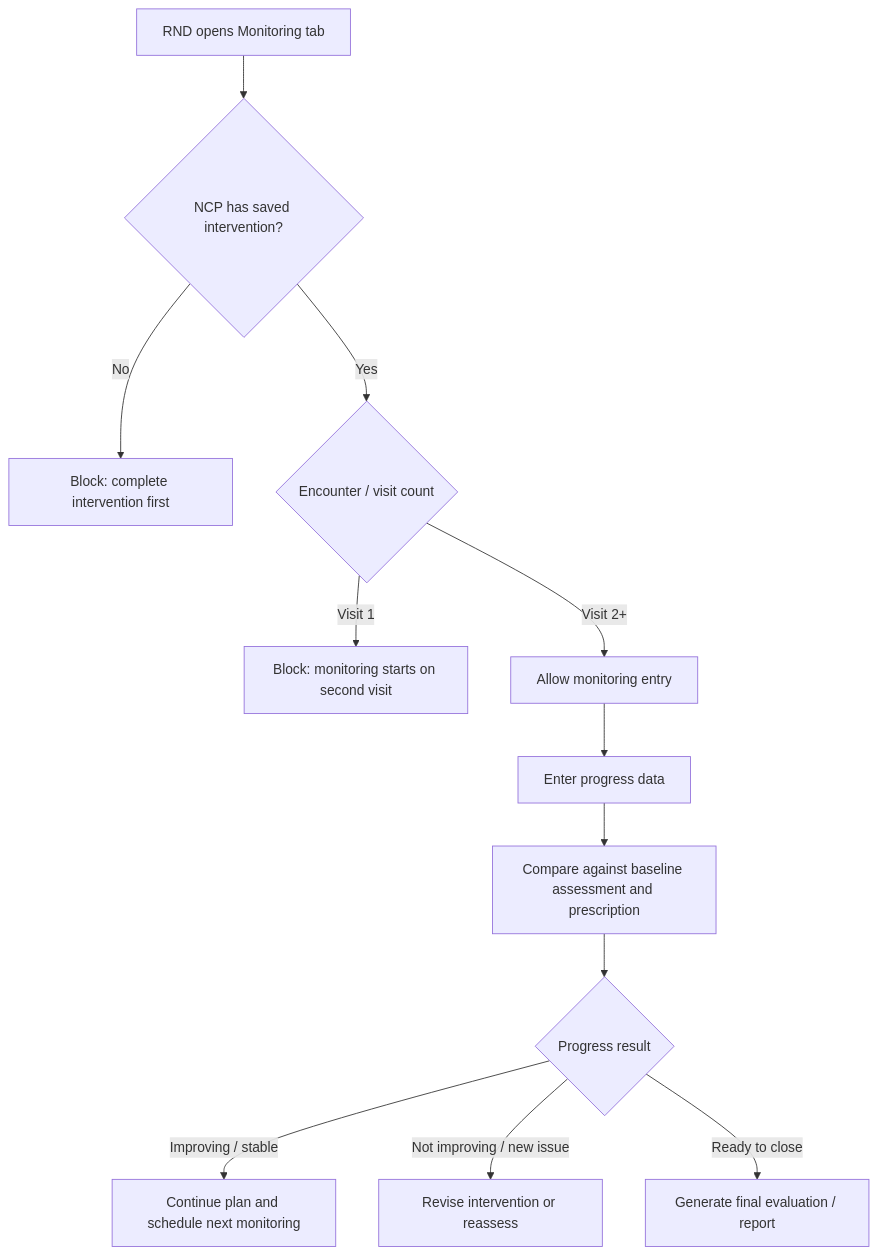
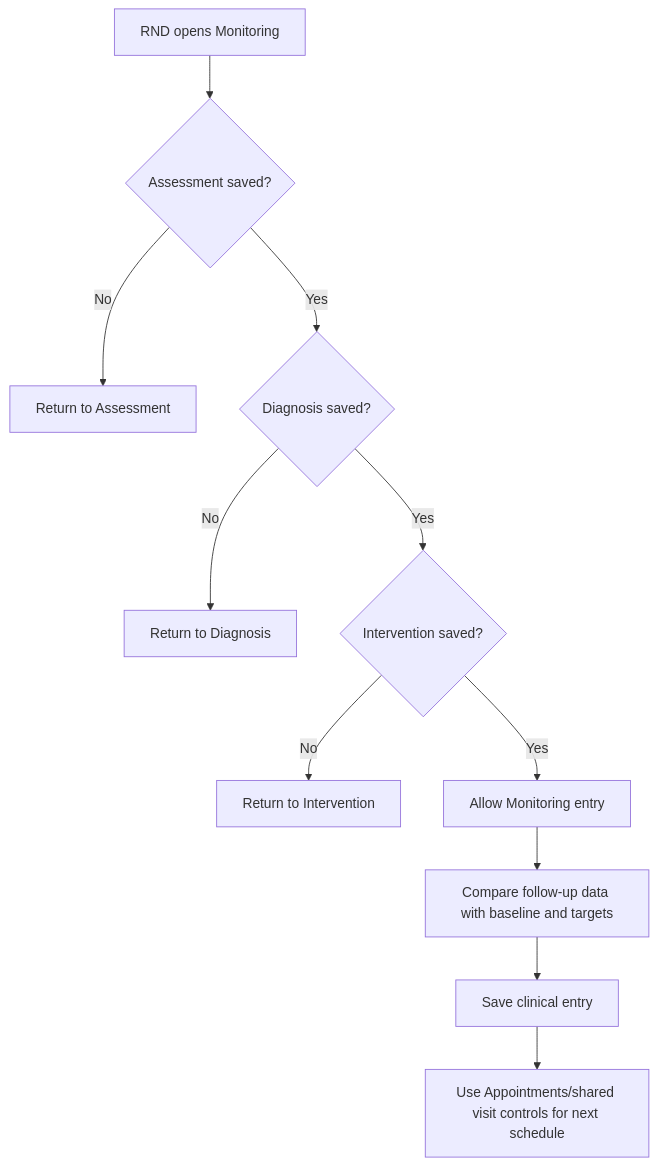
The third of 9 diagrams in docs/module-workflow-flowchart.md (ja2gc/Nutriscope), drawn with Mermaid before and after one commit. The commit also changed other lines of this file and 91 other files, not shown here.

First line of the commit message:
feat(ncp): finish visit and history flows

````diff
--- a/docs/module-workflow-flowchart.md
+++ b/docs/module-workflow-flowchart.md
@@ -145,15 +118,13 @@
 ```mermaid
 flowchart TD
-    A["RND opens Monitoring tab"] --> B{"NCP has saved intervention?"}
-    B -->|"No"| C["Block: complete intervention first"]
-    B -->|"Yes"| D{"Encounter / visit count"}
-    D -->|"Visit 1"| E["Block: monitoring starts on second visit"]
-    D -->|"Visit 2+"| F["Allow monitoring entry"]
-
-    F --> G["Enter progress data"]
-    G --> H["Compare against baseline assessment and prescription"]
-    H --> I{"Progress result"}
-    I -->|"Improving / stable"| J["Continue plan and schedule next monitoring"]
-    I -->|"Not improving / new issue"| K["Revise intervention or reassess"]
-    I -->|"Ready to close"| L["Generate final evaluation / report"]
+    A["RND opens Monitoring"] --> B{"Assessment saved?"}
+    B -->|"No"| C["Return to Assessment"]
+    B -->|"Yes"| D{"Diagnosis saved?"}
+    D -->|"No"| E["Return to Diagnosis"]
+    D -->|"Yes"| F{"Intervention saved?"}
+    F -->|"No"| G["Return to Intervention"]
+    F -->|"Yes"| H["Allow Monitoring entry"]
+    H --> I["Compare follow-up data with baseline and targets"]
+    I --> J["Save clinical entry"]
+    J --> K["Use Appointments/shared visit controls for next schedule"]
 ```
````
